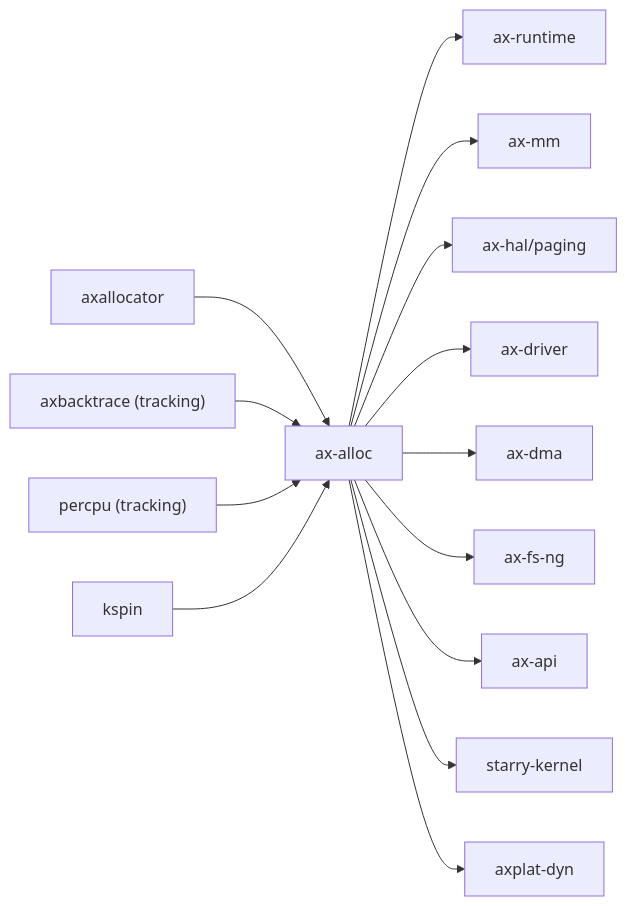
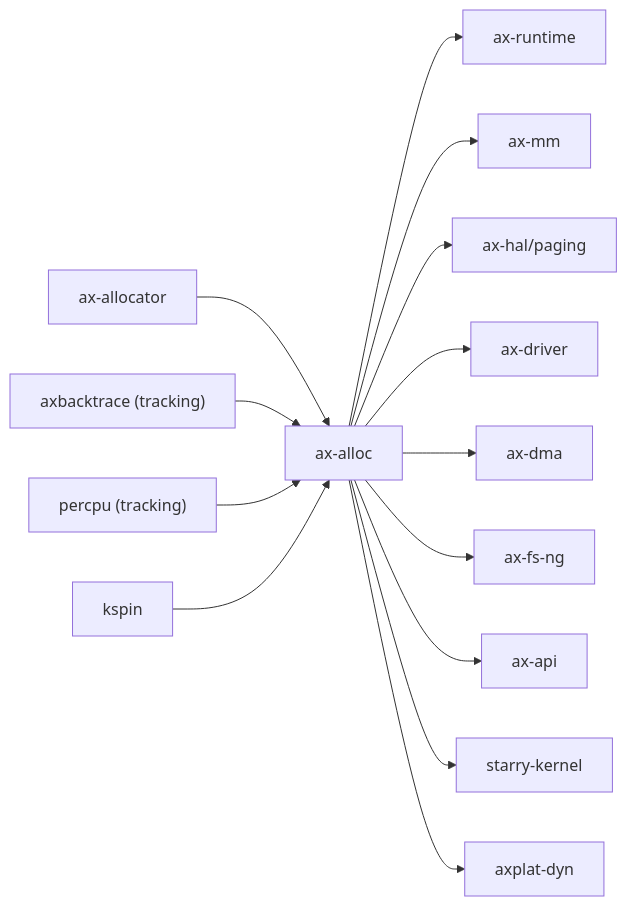
One commit to zKurisu/tgoskits changed the second of 2 diagrams in docs/crates/ax-alloc.md. Above: the diagram before and after it, drawn with Mermaid. The commit also changed other lines of this file and 43 other files, not shown here.

Commit message:
rename axallocator to ax-allocator

````diff
--- a/docs/crates/ax-alloc.md
+++ b/docs/crates/ax-alloc.md
@@ -82,17 +82,17 @@
 ```mermaid
 graph LR
-    axallocator["axallocator"] --> ax-alloc["ax-alloc"]
+    ax-allocator["ax-allocator"] --> ax-alloc["ax-alloc"]
     axbacktrace["axbacktrace (tracking)"] --> ax-alloc
     percpu["percpu (tracking)"] --> ax-alloc
     kspin["kspin"] --> ax-alloc
 
     ax-alloc --> ax-runtime["ax-runtime"]
     ax-alloc --> ax-mm["ax-mm"]
     ax-alloc --> ax-hal["ax-hal/paging"]
     ax-alloc --> ax-driver["ax-driver"]
     ax-alloc --> ax_dma["ax-dma"]
     ax-alloc --> axfsng["ax-fs-ng"]
     ax-alloc --> ax-api["ax-api"]
     ax-alloc --> starry_kernel["starry-kernel"]
     ax-alloc --> axplat_dyn["axplat-dyn"]
 ```
````
